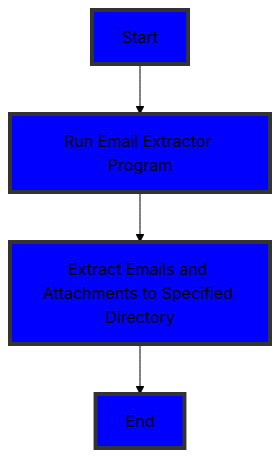
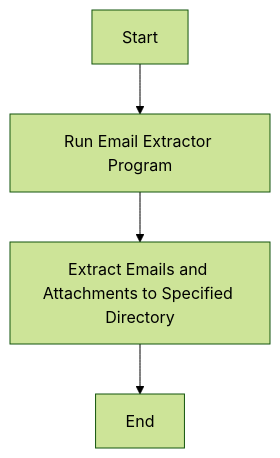
Before and after one commit to delpropo/email_archive: the fourth of 4 diagrams in README.md, drawn with Mermaid (forest theme). The commit also changed other lines of this file, not shown here.

````diff
--- a/README.md
+++ b/README.md
@@ -65,11 +62,9 @@
 ```mermaid
 flowchart TD
     A[Start] --> B[Run Email Extractor Program]
     B --> C[Extract Emails and Attachments to Specified Directory]
 
     C --> D[End]
 
-    classDef step fill:#00f,stroke:#333,stroke-width:4px;
 
-    class A,B,C,D step;
 ```
````
